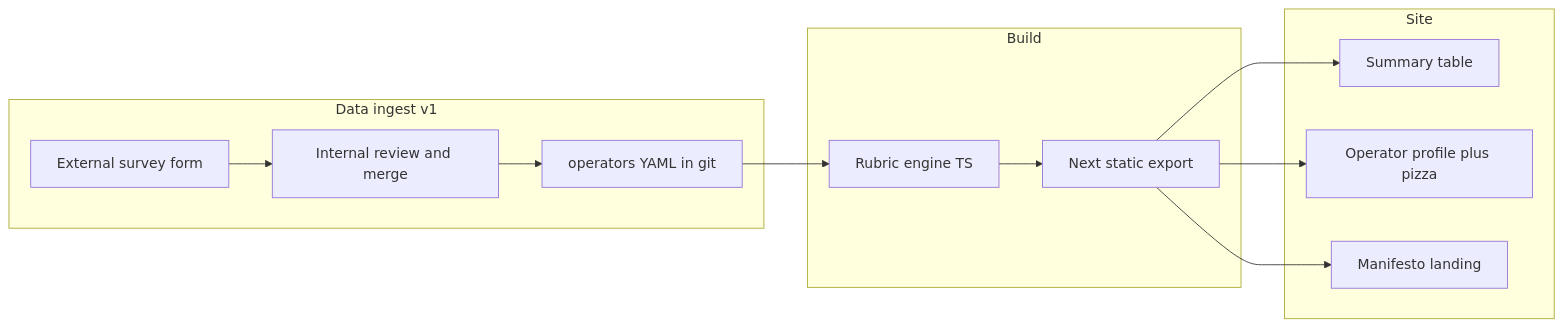
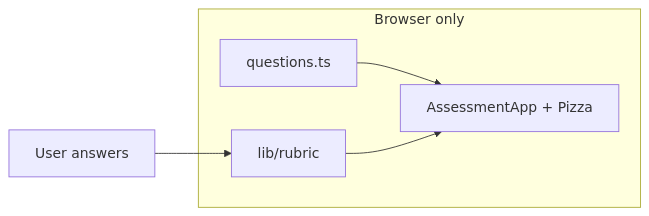
The diagram in docs/PLAN.md (ObolNetwork/validator-beat), drawn with Mermaid before and after one commit. The commit also changed other lines of this file and 47 other files, not shown here.

First line of the commit message:
Ship v0.1 self-assessment with share pages and GitHub Pages deploy.

````diff
--- a/docs/PLAN.md
+++ b/docs/PLAN.md
@@ -29,21 +45,11 @@
 ```mermaid
 flowchart LR
-  subgraph ingest [Data ingest v1]
-    Survey[External survey form]
-    Admin[Internal review and merge]
-    Repo[operators YAML in git]
+  subgraph client [Browser only]
+    Questions[questions.ts]
+    Rubric[lib/rubric]
+    UI[AssessmentApp + Pizza]
   end
-  subgraph build [Build]
-    Rubric[Rubric engine TS]
-    SSG[Next static export]
-  end
-  subgraph site [Site]
-    Summary[Summary table]
-    Profile[Operator profile plus pizza]
-    Manifesto[Manifesto landing]
-  end
-  Survey --> Admin --> Repo --> Rubric --> SSG
-  SSG --> Summary
-  SSG --> Profile
-  SSG --> Manifesto
+  Questions --> UI
+  User[User answers] --> Rubric
+  Rubric --> UI
 ```
````
